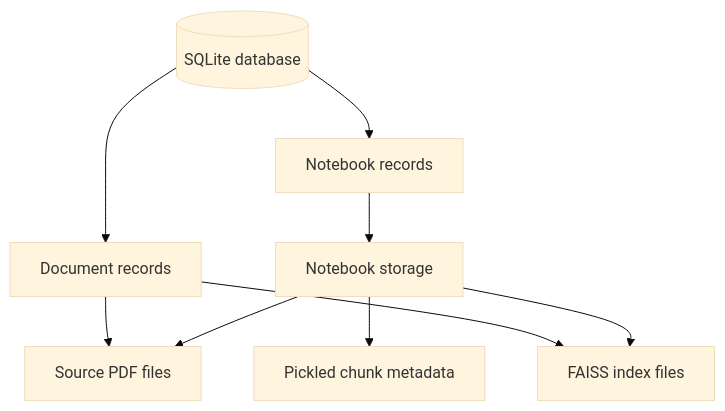
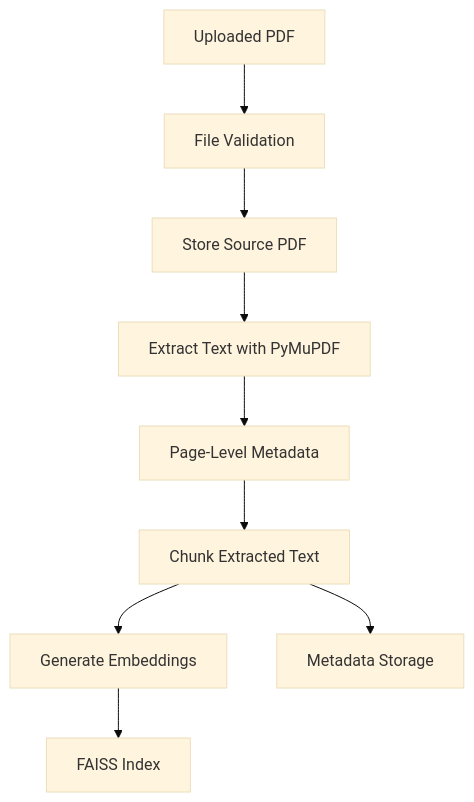
The fourth of 15 diagrams in README.md (NAITIKK682/ProfessorMindAI), drawn with Mermaid (base theme) before and after one commit. The commit also changed other lines of this file and 7 other files, not shown here.

````diff
--- a/README.md
+++ b/README.md
@@ -425,11 +536,30 @@
 ```mermaid
 flowchart TD
-    Database[(SQLite database)] --> NotebookRows[Notebook records]
-    Database --> DocumentRows[Document records]
-    Storage[Notebook storage] --> Sources[Source PDF files]
-    Storage --> Indexes[FAISS index files]
-    Storage --> Metadata[Pickled chunk metadata]
-    NotebookRows --> Storage
-    DocumentRows --> Sources
-    DocumentRows --> Indexes
+
+    PDF[Uploaded PDF]
+
+    VALIDATE[File Validation]
+
+    STORE[Store Source PDF]
+
+    EXTRACT[Extract Text with PyMuPDF]
+
+    PAGE[Page-Level Metadata]
+
+    CHUNK[Chunk Extracted Text]
+
+    EMBED[Generate Embeddings]
+
+    INDEX[FAISS Index]
+
+    METADATA[Metadata Storage]
+
+    PDF --> VALIDATE
+    VALIDATE --> STORE
+    STORE --> EXTRACT
+    EXTRACT --> PAGE
+    PAGE --> CHUNK
+    CHUNK --> EMBED
+    EMBED --> INDEX
+    CHUNK --> METADATA
 ```
````
